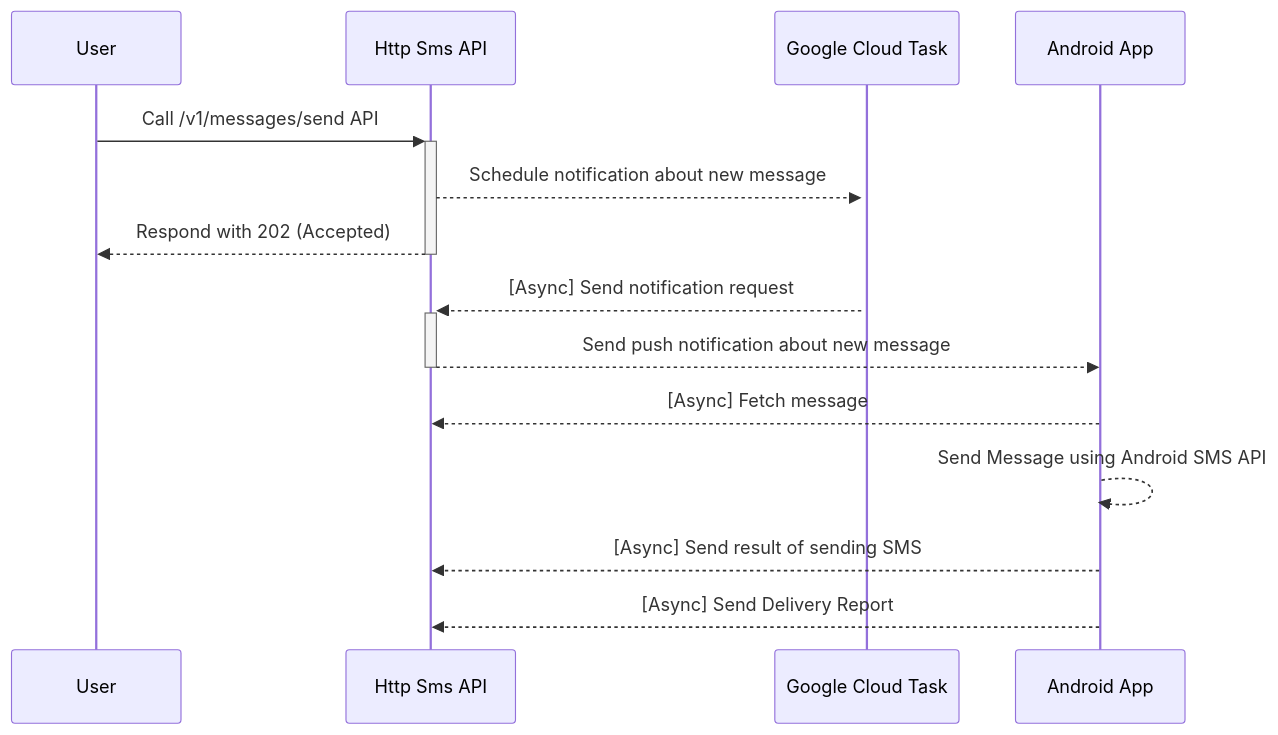
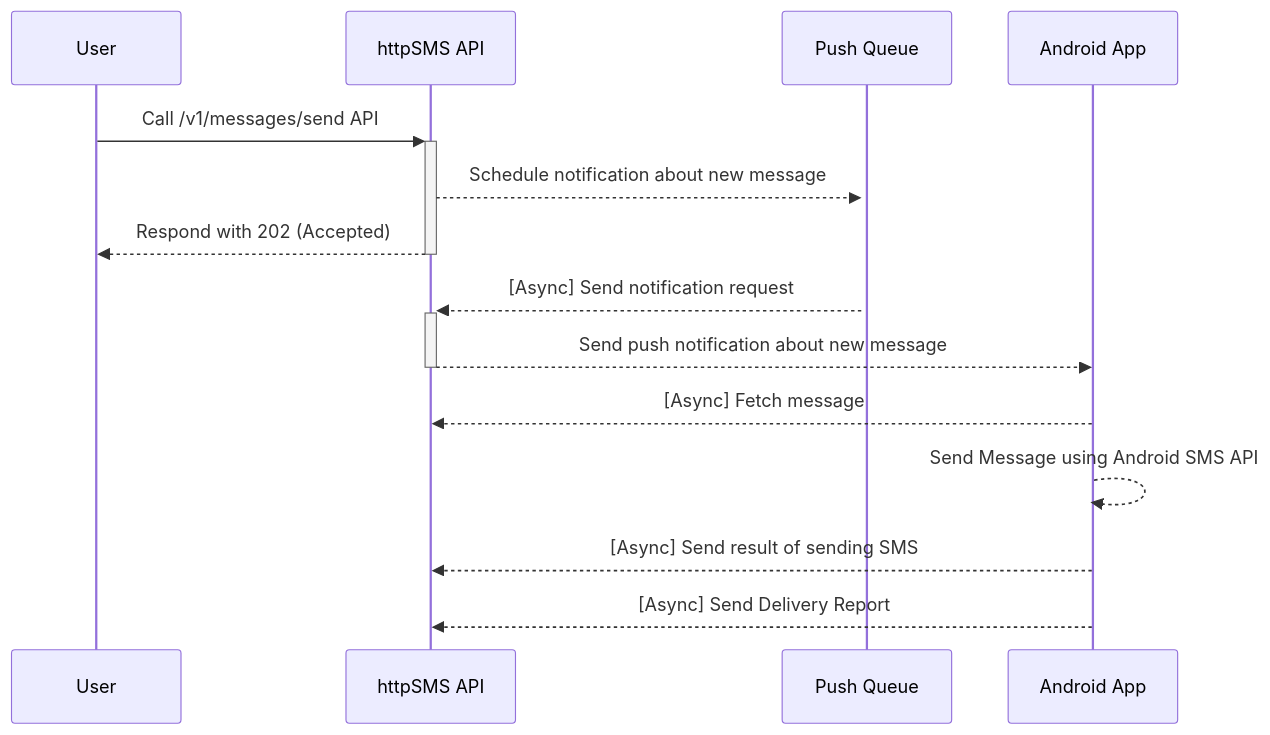
The diagram in README.md (NdoleStudio/httpsms), drawn with Mermaid before and after one commit. The commit also changed other lines of this file, not shown here.

````diff
--- a/README.md
+++ b/README.md
@@ -93,12 +93,12 @@
 ```mermaid
 sequenceDiagram
-User->>+Http Sms API: Call /v1/messages/send API
-Http Sms API-->>+Google Cloud Task: Schedule notification about new message
-Http Sms API-->>-User: Respond with 202 (Accepted)
-Google Cloud Task-->>+Http Sms API: [Async] Send notification request
-Http Sms API-->>-Android App: Send push notification about new message
-Android App-->>Http Sms API: [Async] Fetch message
+User->>+httpSMS API: Call /v1/messages/send API
+httpSMS API-->>+Push Queue: Schedule notification about new message
+httpSMS API-->>-User: Respond with 202 (Accepted)
+Push Queue-->>+httpSMS API: [Async] Send notification request
+httpSMS API-->>-Android App: Send push notification about new message
+Android App-->>httpSMS API: [Async] Fetch message
 Android App-->>Android App: Send Message using Android SMS API
-Android App-->>Http Sms API: [Async] Send result of sending SMS
-Android App-->>Http Sms API: [Async] Send Delivery Report
+Android App-->>httpSMS API: [Async] Send result of sending SMS
+Android App-->>httpSMS API: [Async] Send Delivery Report
 ```
````
